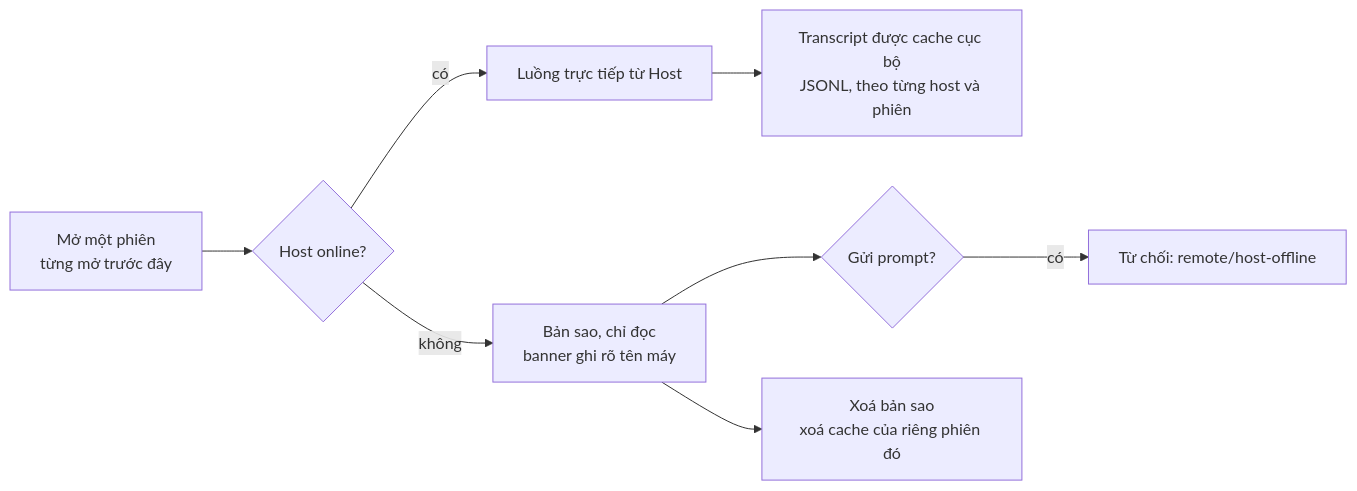
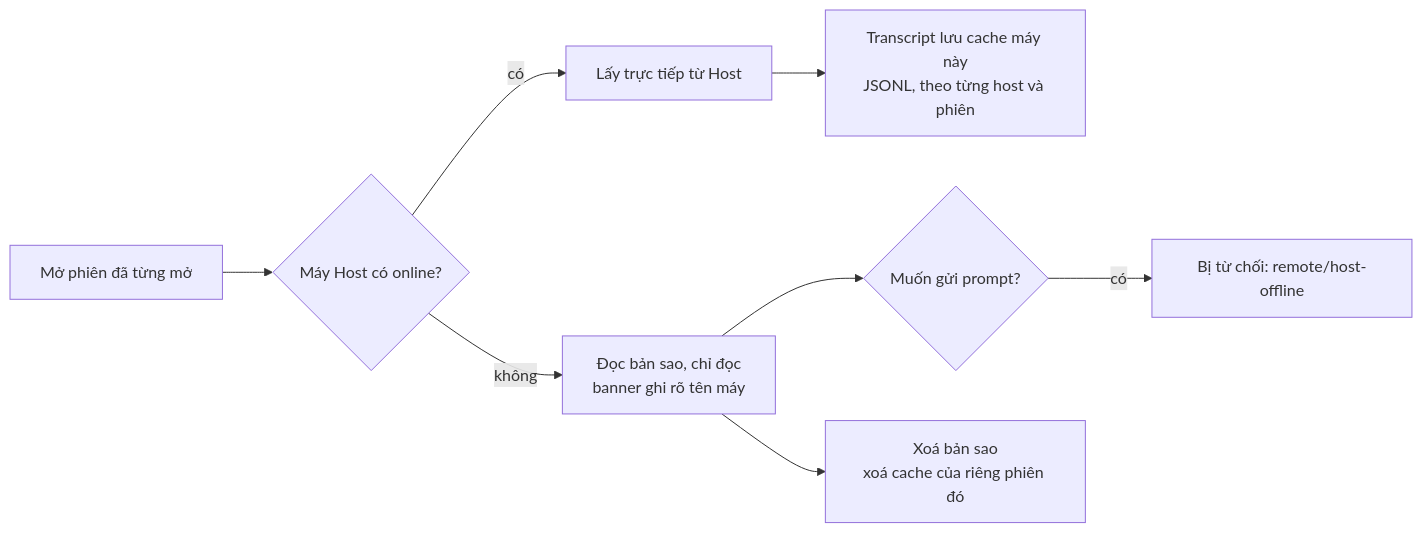
One commit to nesteacold/dsh-remote changed the fourth of 5 diagrams in README.vi.md. Above: the diagram before and after it, drawn with Mermaid. The commit also changed other lines of this file and 1 other file, not shown here.

````diff
--- a/README.vi.md
+++ b/README.vi.md
@@ -158,10 +155,10 @@
 ```mermaid
 flowchart LR
-    A[Mở một phiên<br/>từng mở trước đây] --> B{Host online?}
-    B -- có --> C[Luồng trực tiếp từ Host]
-    C --> D[Transcript được cache cục bộ<br/>JSONL, theo từng host và phiên]
-    B -- không --> E[Bản sao, chỉ đọc<br/>banner ghi rõ tên máy]
-    E --> F{Gửi prompt?}
-    F -- có --> G[Từ chối: remote/host-offline]
+    A[Mở phiên đã từng mở] --> B{Máy Host có online?}
+    B -- có --> C[Lấy trực tiếp từ Host]
+    C --> D[Transcript lưu cache máy này<br/>JSONL, theo từng host và phiên]
+    B -- không --> E[Đọc bản sao, chỉ đọc<br/>banner ghi rõ tên máy]
+    E --> F{Muốn gửi prompt?}
+    F -- có --> G[Bị từ chối: remote/host-offline]
     E --> H[Xoá bản sao<br/>xoá cache của riêng phiên đó]
 ```
````
